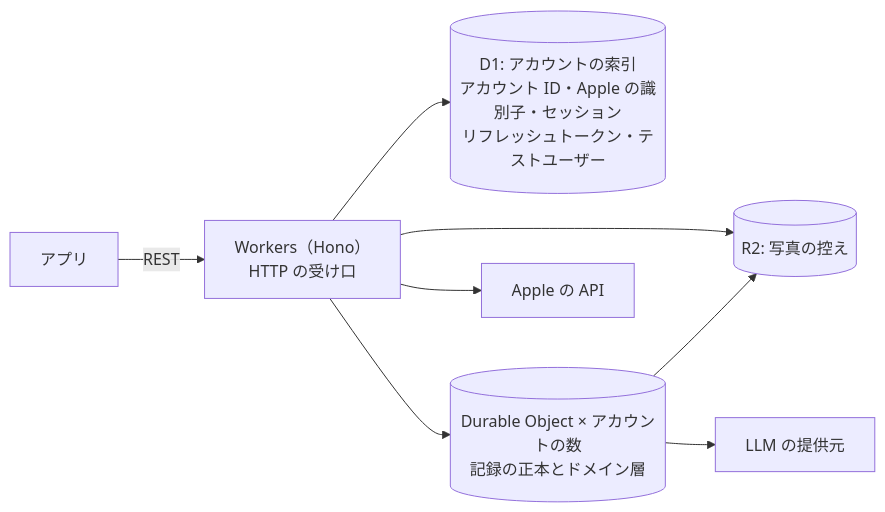
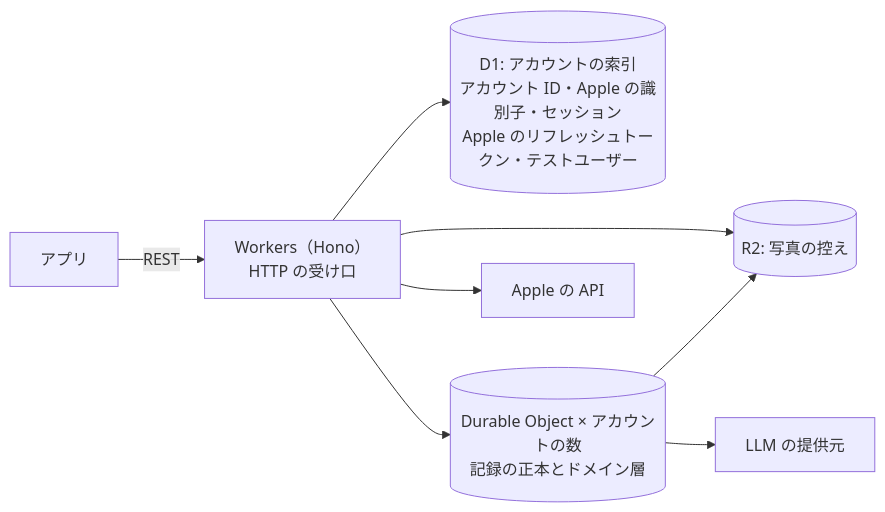
One commit to gn-t-k/nu-tori changed the diagram in server/AGENTS.md. Above: the diagram before and after it, drawn with Mermaid. The commit also changed 1 other file, not shown here.

Commit message:
リフレッシュトークンが Apple のものと分かるようにし、移行の一文の対象を分け方より前に絞る
Claude-Session: https://claude.ai/code/session_01XT1UKhRYEz2RsdeRDK8smL

````diff
--- a/server/AGENTS.md
+++ b/server/AGENTS.md
@@ -7,10 +7,10 @@
 ```mermaid
 flowchart LR
   App[アプリ] -- REST --> W[Workers（Hono）<br>HTTP の受け口]
-  W --> D1[(D1: アカウントの索引<br>アカウント ID・Apple の識別子・セッション<br>リフレッシュトークン・テストユーザー)]
+  W --> D1[(D1: アカウントの索引<br>アカウント ID・Apple の識別子・セッション<br>Apple のリフレッシュトークン・テストユーザー)]
   W --> DO[(Durable Object × アカウントの数<br>記録の正本とドメイン層)]
   W --> Apple[Apple の API]
   W --> R2[(R2: 写真の控え)]
   DO --> R2
   DO --> LLM[LLM の提供元]
 ```
````
